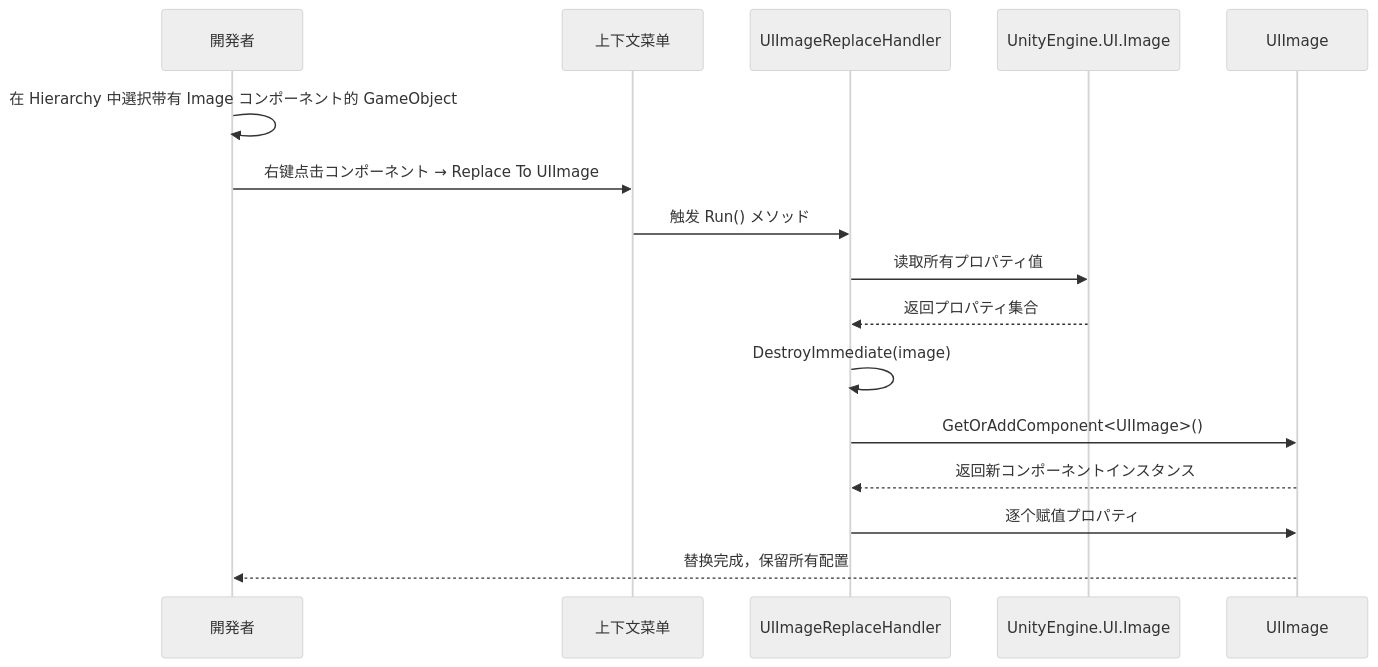
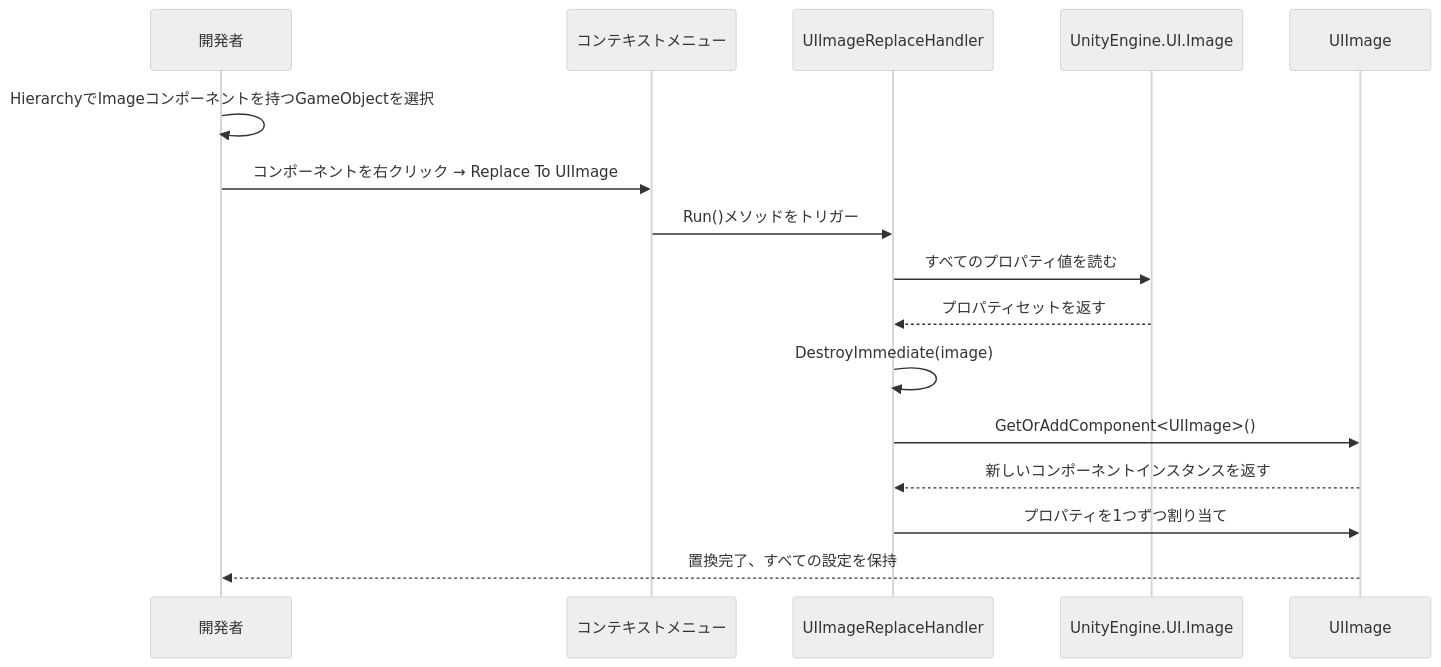
Before and after one commit to AlianBlank/GameFrameX.Docs: the second of 2 diagrams in docs/ja/client/unity/component/ui-ugui/15.image-replace.md, drawn with Mermaid (neutral theme). The commit also changed other lines of this file and 320 other files, not shown here.

````diff
--- a/docs/ja/client/unity/component/ui-ugui/15.image-replace.md
+++ b/docs/ja/client/unity/component/ui-ugui/15.image-replace.md
@@ -45,19 +45,19 @@
 ```mermaid
 sequenceDiagram
     participant Dev as 開発者
-    participant Menu as 上下文菜单
+    participant Menu as コンテキストメニュー
     participant Handler as UIImageReplaceHandler
     participant Image as UnityEngine.UI.Image
     participant UIImage as UIImage
-    
-    Dev->>Dev: 在 Hierarchy 中選択带有 Image コンポーネント的 GameObject
-    Dev->>Menu: 右键点击コンポーネント → Replace To UIImage
-    Menu->>Handler: 触发 Run() メソッド
-    Handler->>Image: 读取所有プロパティ值
-    Image-->>Handler: 返回プロパティ集合
+
+    Dev->>Dev: HierarchyでImageコンポーネントを持つGameObjectを選択
+    Dev->>Menu: コンポーネントを右クリック → Replace To UIImage
+    Menu->>Handler: Run()メソッドをトリガー
+    Handler->>Image: すべてのプロパティ値を読む
+    Image-->>Handler: プロパティセットを返す
     Handler->>Handler: DestroyImmediate(image)
     Handler->>UIImage: GetOrAddComponent<UIImage>()
-    UIImage-->>Handler: 返回新コンポーネントインスタンス
-    Handler->>UIImage: 逐个赋值プロパティ
-    UIImage-->>Dev: 替换完成，保留所有配置
+    UIImage-->>Handler: 新しいコンポーネントインスタンスを返す
+    Handler->>UIImage: プロパティを1つずつ割り当て
+    UIImage-->>Dev: 置換完了、すべての設定を保持
 ```
````
